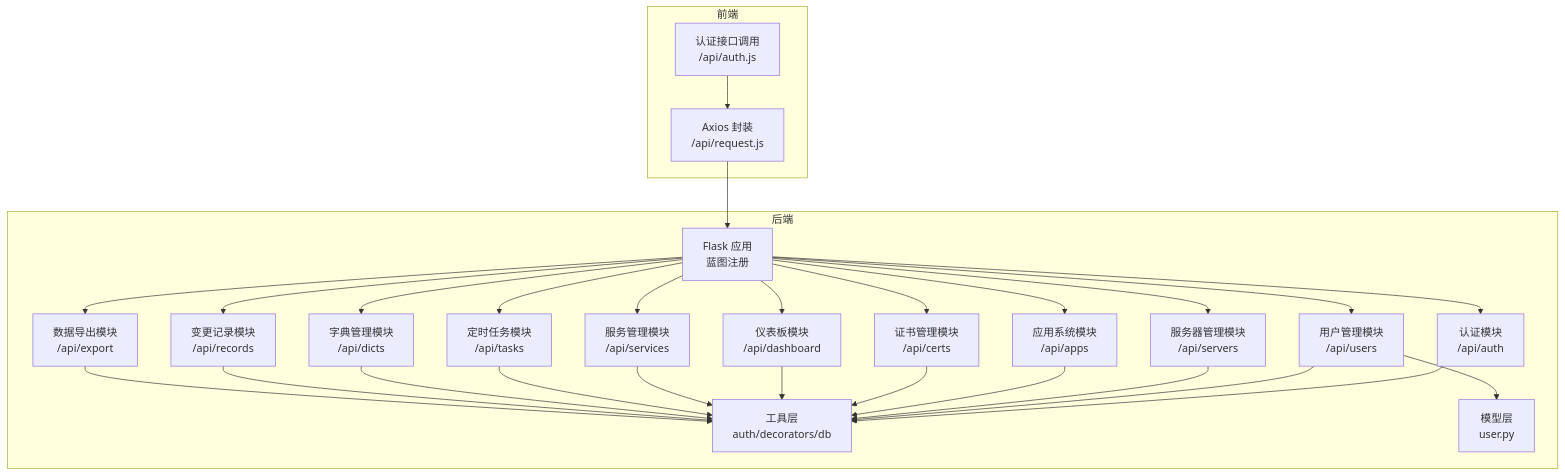
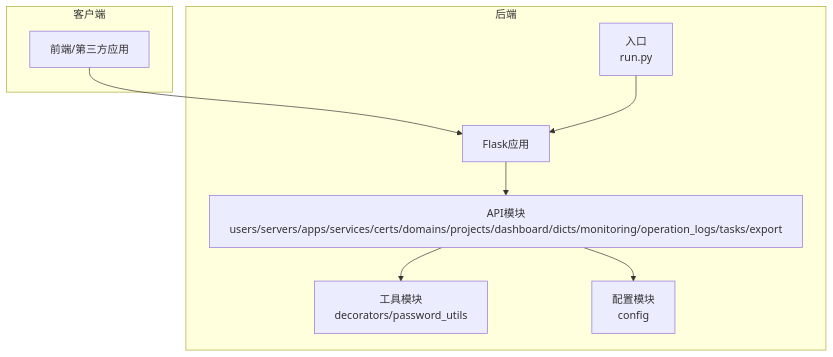
One commit to ismine3/OPS changed the first of 3 diagrams in .qoder/repowiki/zh/content/API接口文档/API接口文档.md. Above: the diagram before and after it, drawn with Mermaid. The commit also changed other lines of this file and 157 other files, not shown here.

````diff
--- a/.qoder/repowiki/zh/content/API接口文档/API接口文档.md
+++ b/.qoder/repowiki/zh/content/API接口文档/API接口文档.md
@@ -42,48 +43,18 @@
 ```mermaid
 graph TB
 subgraph "后端"
-A["Flask 应用<br/>蓝图注册"]
-B["认证模块<br/>/api/auth"]
-C["用户管理模块<br/>/api/users"]
-D["服务器管理模块<br/>/api/servers"]
-E["应用系统模块<br/>/api/apps"]
-F["证书管理模块<br/>/api/certs"]
-G["仪表板模块<br/>/api/dashboard"]
-H["服务管理模块<br/>/api/services"]
-I["定时任务模块<br/>/api/tasks"]
-J["字典管理模块<br/>/api/dicts"]
-K["变更记录模块<br/>/api/records"]
-L["数据导出模块<br/>/api/export"]
-U["工具层<br/>auth/decorators/db"]
-M["模型层<br/>user.py"]
+A[Flask应用]
+B[API模块<br/>users/servers/apps/services/certs/domains/projects/dashboard/dicts/monitoring/operation_logs/tasks/export]
+C[工具模块<br/>decorators/password_utils]
+D[配置模块<br/>config]
+E[入口<br/>run.py]
 end
-subgraph "前端"
-X["Axios 封装<br/>/api/request.js"]
-Y["认证接口调用<br/>/api/auth.js"]
+subgraph "客户端"
+F[前端/第三方应用]
 end
+F --> A
 A --> B
-A --> C
-A --> D
-A --> E
-A --> F
-A --> G
-A --> H
-A --> I
-A --> J
-A --> K
-A --> L
-B --> U
-C --> U
-C --> M
-D --> U
-E --> U
-F --> U
-G --> U
-H --> U
-I --> U
-J --> U
-K --> U
-L --> U
-X --> A
-Y --> X
+B --> C
+B --> D
+E --> A
 ```
````
